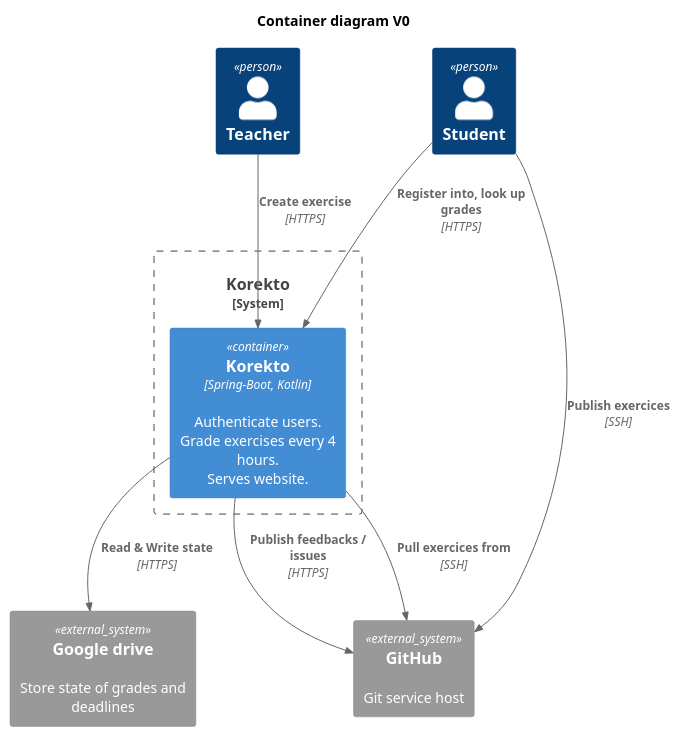
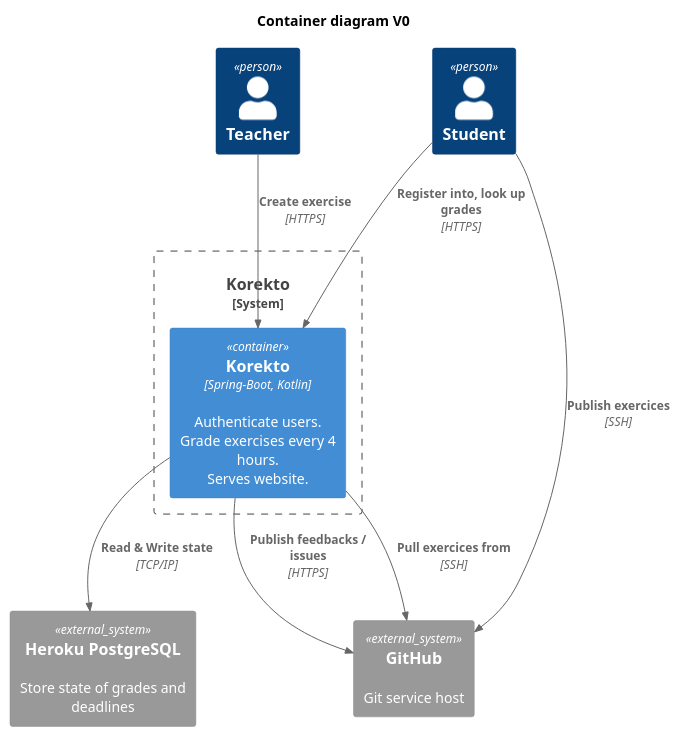
Before and after one commit to lernejo/architecture-studies: the second of 6 diagrams in scale/C4_diagrams.md, drawn with PlantUML. The commit also changed other lines of this file, not shown here.

Commit message:
Replace GDrive by Heroku PG

````diff
--- a/scale/C4_diagrams.md
+++ b/scale/C4_diagrams.md
@@ -27,26 +27,26 @@
 ```puml
 @startuml
 !includeurl C4_Container.puml
 
 title Container diagram V0
 
 Person(teacher, "Teacher")
 Person(student, "Student")
 
 System_Boundary(c1, "Korekto") {
     Container(server, "Korekto", "Spring-Boot, Kotlin", "Authenticate users.\nGrade exercises every 4 hours.\nServes website.")
 }
 
 System_Ext(github, "GitHub", "Git service host")
-System_Ext(db, "Google drive", "Store state of grades and deadlines")
+System_Ext(db, "Heroku PostgreSQL", "Store state of grades and deadlines")
 
 Rel(teacher, server, "Create exercise", "HTTPS")
 Rel(student, server, "Register into, look up grades", "HTTPS")
 Rel(student, github, "Publish exercices", "SSH")
-Rel(server, db, "Read & Write state", "HTTPS")
+Rel(server, db, "Read & Write state", "TCP/IP")
 
 Rel(server, github, "Pull exercices from", "SSH")
 Rel(server, github, "Publish feedbacks / issues", "HTTPS")
 
 @enduml
 ```
````
